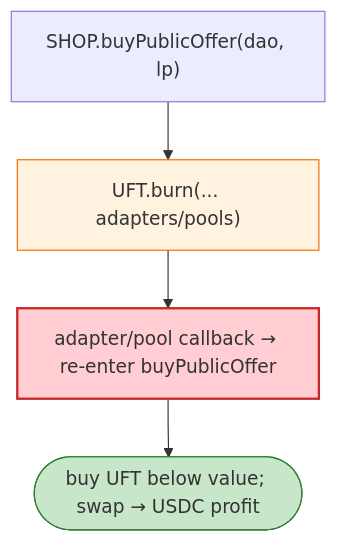
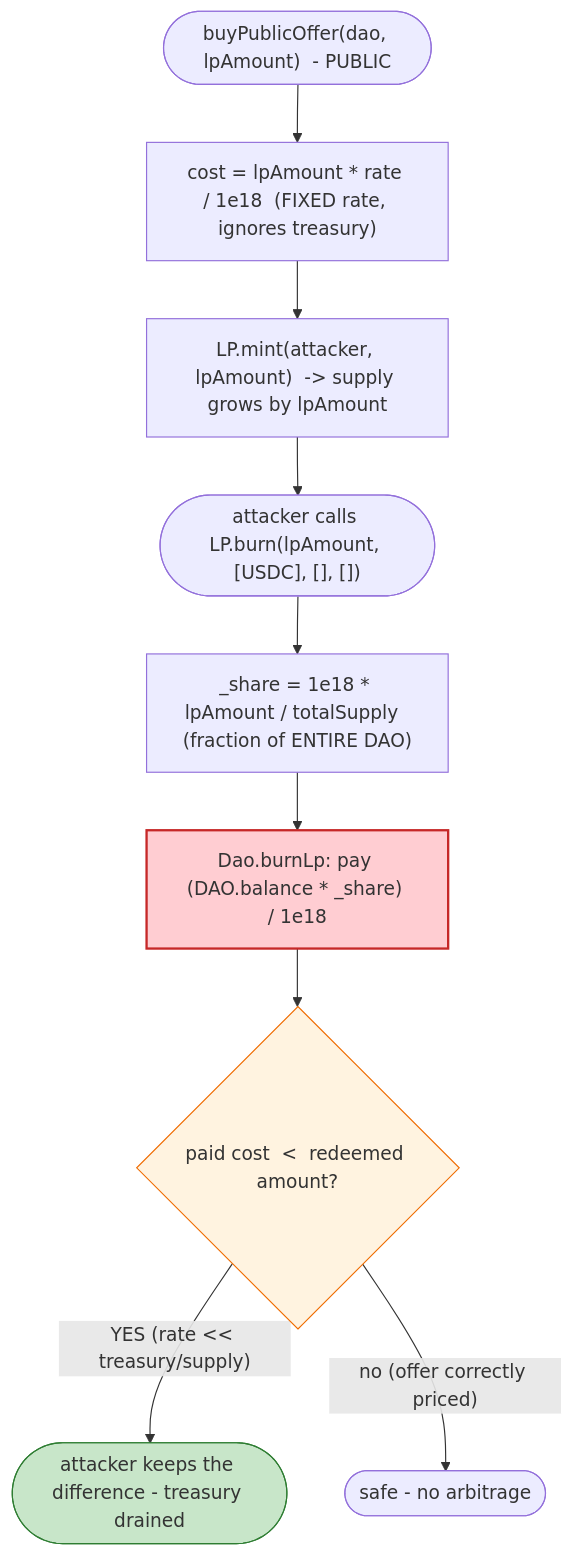
Before and after one commit to sanbir/evm-hack-registry: the third of 3 diagrams in 2023-01-UFDao_exp/UFDao_exp.md, drawn with Mermaid. The commit also changed other lines of this file and 52 other files, not shown here.

````diff
--- a/2023-01-UFDao_exp/UFDao_exp.md
+++ b/2023-01-UFDao_exp/UFDao_exp.md
@@ -36,10 +379,15 @@
 ```mermaid
 flowchart TD
-    BUY["SHOP.buyPublicOffer(dao, lp)"] --> BURN["UFT.burn(... adapters/pools)"]
-    BURN --> CB["adapter/pool callback → re-enter buyPublicOffer"]
-    CB --> OUT(["buy UFT below value; swap → USDC profit"])
+    Start(["buyPublicOffer(dao, lpAmount)  - PUBLIC"]) --> Cost["cost = lpAmount * rate / 1e18  (FIXED rate, ignores treasury)"]
+    Cost --> Mint["LP.mint(attacker, lpAmount)  -> supply grows by lpAmount"]
+    Mint --> Burn(["attacker calls LP.burn(lpAmount, [USDC], [], [])"])
+    Burn --> Share["_share = 1e18 * lpAmount / totalSupply  (fraction of ENTIRE DAO)"]
+    Share --> Redeem["Dao.burnLp: pay (DAO.balance * _share) / 1e18"]
+    Redeem --> Check{"paid cost  <  redeemed amount?"}
+    Check -- "YES (rate << treasury/supply)" --> Profit(["attacker keeps the difference - treasury drained"])
+    Check -- "no (offer correctly priced)" --> Safe(["safe - no arbitrage"])
 
-    style BURN fill:#fff3e0,stroke:#ef6c00
-    style CB fill:#ffcdd2,stroke:#c62828,stroke-width:2px
-    style OUT fill:#c8e6c9,stroke:#2e7d32
+    style Redeem fill:#ffcdd2,stroke:#c62828,stroke-width:2px
+    style Profit fill:#c8e6c9,stroke:#2e7d32
+    style Check fill:#fff3e0,stroke:#ef6c00
 ```
````
